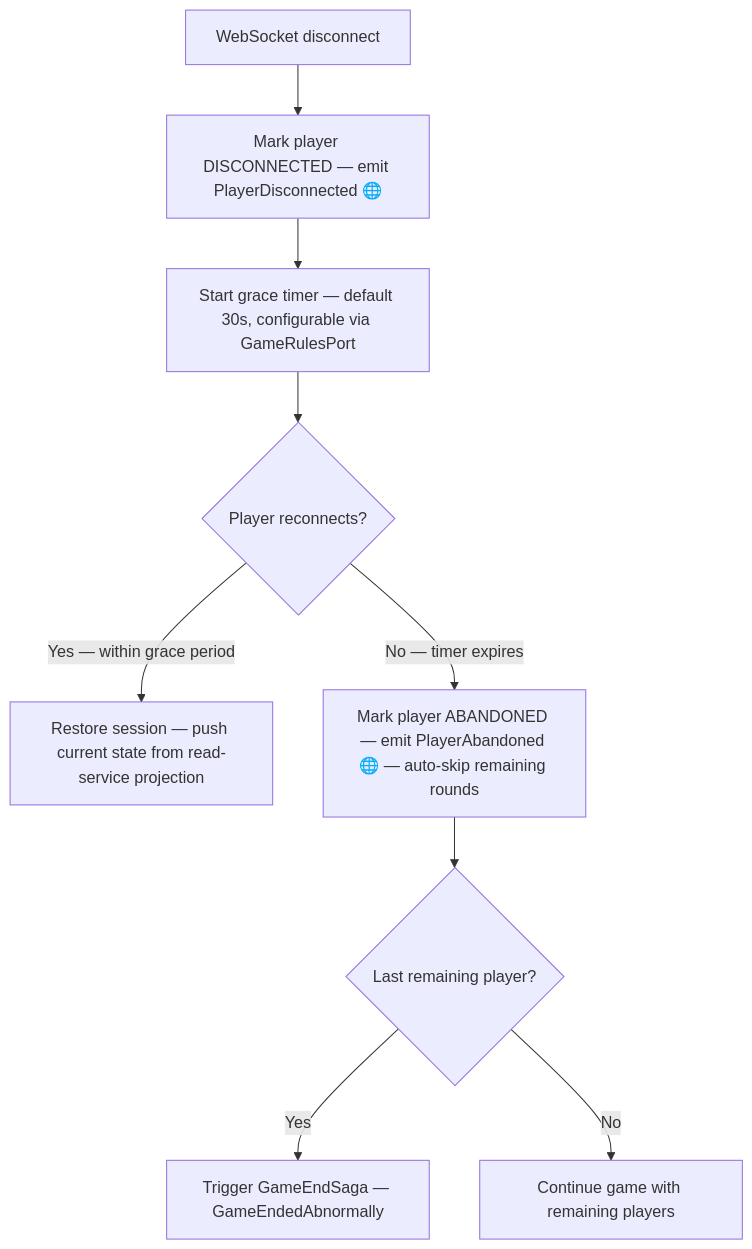
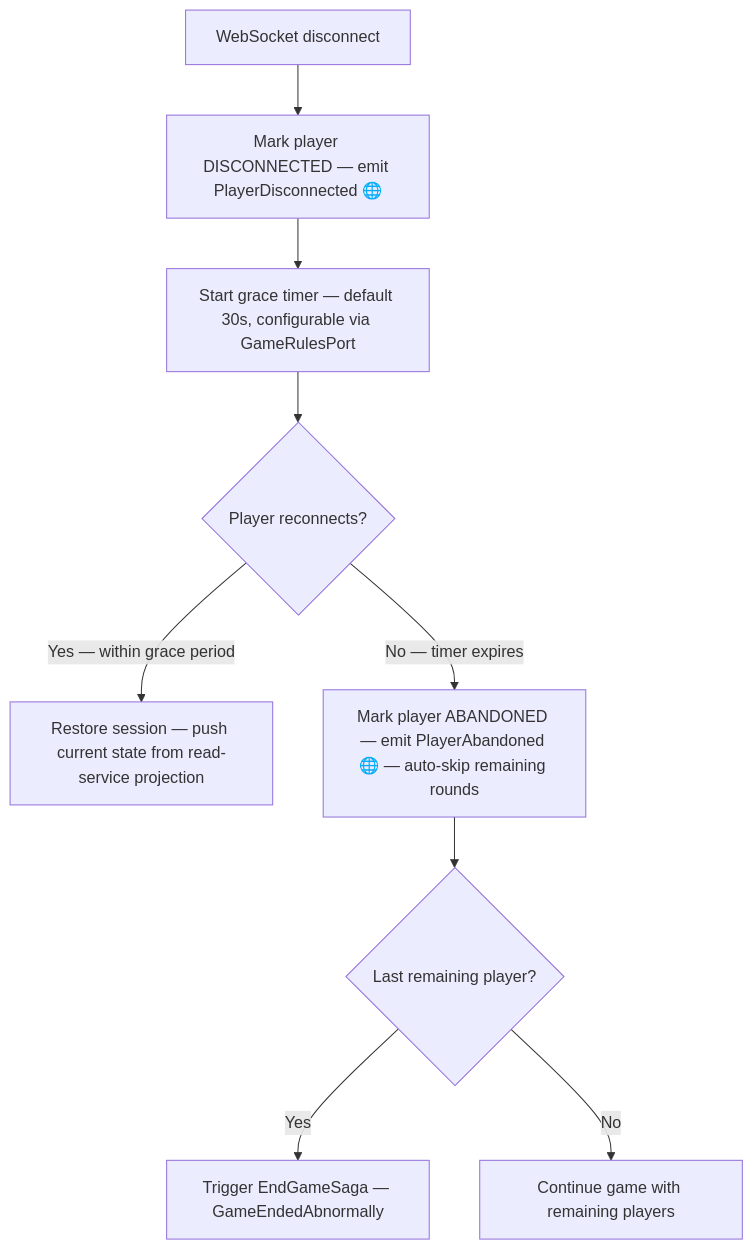
Before and after one commit to temporal-rift/docs: the second of 2 diagrams in sagas/special.mdx, drawn with Mermaid. The commit also changed other lines of this file and 16 other files, not shown here.

````diff
--- a/sagas/special.mdx
+++ b/sagas/special.mdx
@@ -46,11 +46,11 @@
 ```mermaid
 flowchart TD
   A[WebSocket disconnect] --> B[Mark player DISCONNECTED — emit PlayerDisconnected 🌐]
   B --> C[Start grace timer — default 30s, configurable via GameRulesPort]
   C --> D{Player reconnects?}
   D -->|Yes — within grace period| E[Restore session — push current state from read-service projection]
   D -->|No — timer expires| F[Mark player ABANDONED — emit PlayerAbandoned 🌐 — auto-skip remaining rounds]
   F --> G{Last remaining player?}
-  G -->|Yes| H[Trigger GameEndSaga — GameEndedAbnormally]
+  G -->|Yes| H[Trigger EndGameSaga — GameEndedAbnormally]
   G -->|No| I[Continue game with remaining players]
 ```
````
